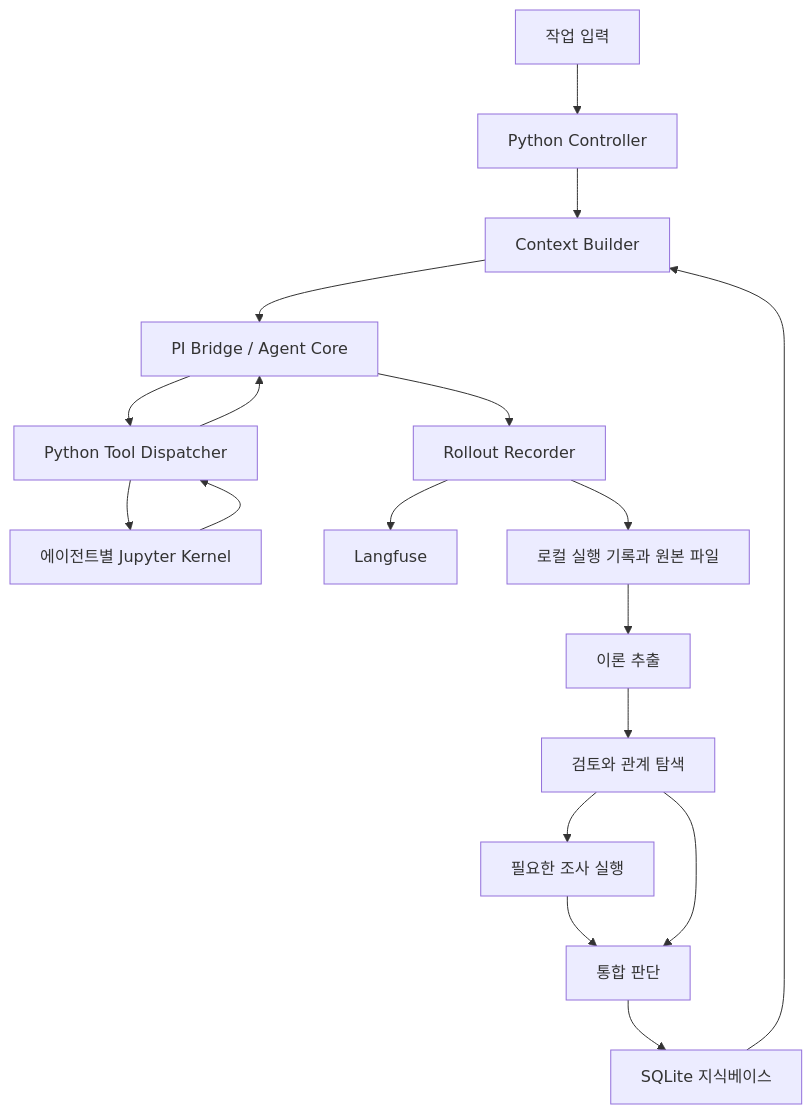
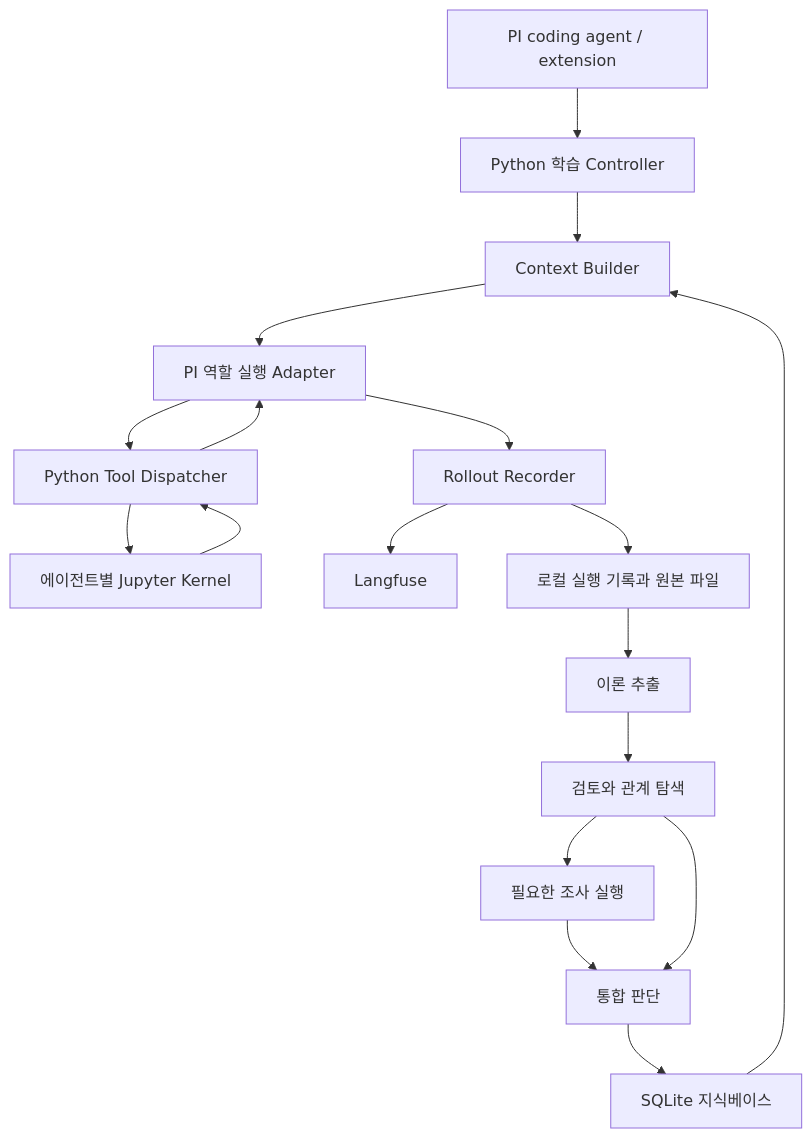
The diagram in cognitive-architecture/theory-learning-v1-spec.md (sicarius01/codex-docs), drawn with Mermaid before and after one commit. The commit also changed other lines of this file, not shown here.

````diff
--- a/cognitive-architecture/theory-learning-v1-spec.md
+++ b/cognitive-architecture/theory-learning-v1-spec.md
@@ -56,20 +67,20 @@
 ```mermaid
 flowchart TD
-    U[작업 입력] --> C[Python Controller]
+    U[PI coding agent / extension] --> C[Python 학습 Controller]
     C --> X[Context Builder]
-    X --> P[PI Bridge / Agent Core]
+    X --> P[PI 역할 실행 Adapter]
     P --> T[Python Tool Dispatcher]
     T --> K[에이전트별 Jupyter Kernel]
     K --> T
     T --> P
     P --> R[Rollout Recorder]
     R --> L[Langfuse]
     R --> S[로컬 실행 기록과 원본 파일]
     S --> E[이론 추출]
     E --> V[검토와 관계 탐색]
     V --> I[필요한 조사 실행]
     I --> J[통합 판단]
     V --> J
     J --> B[SQLite 지식베이스]
     B --> X
 ```
````
